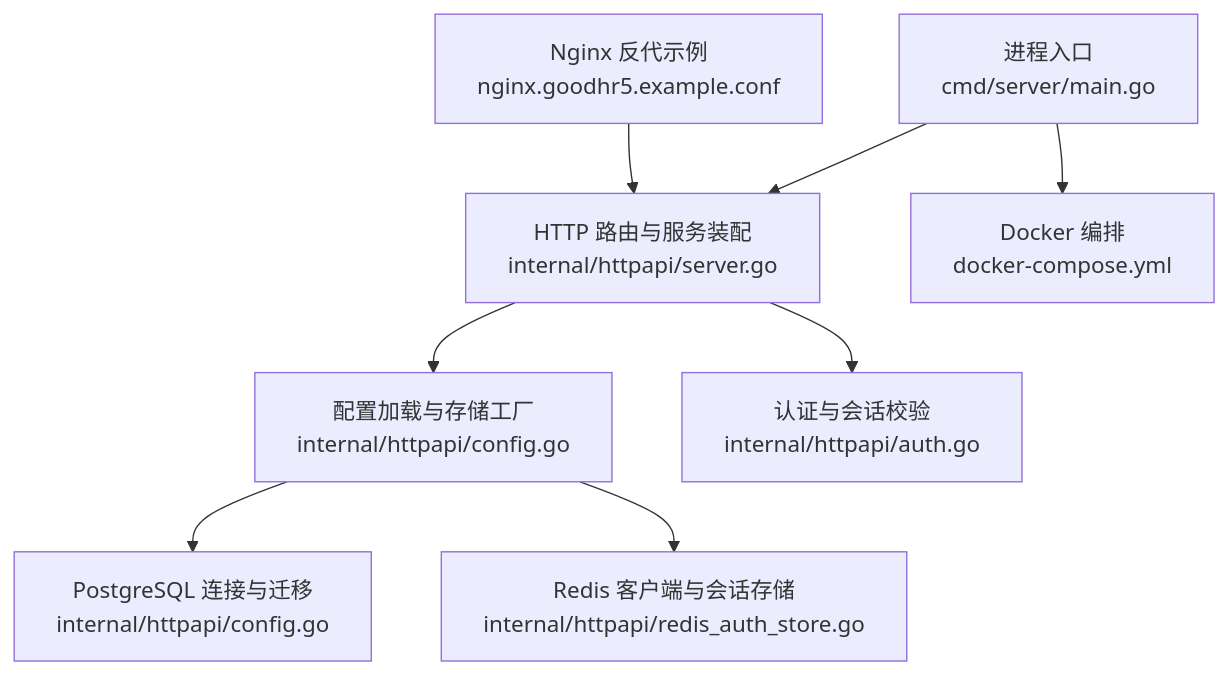
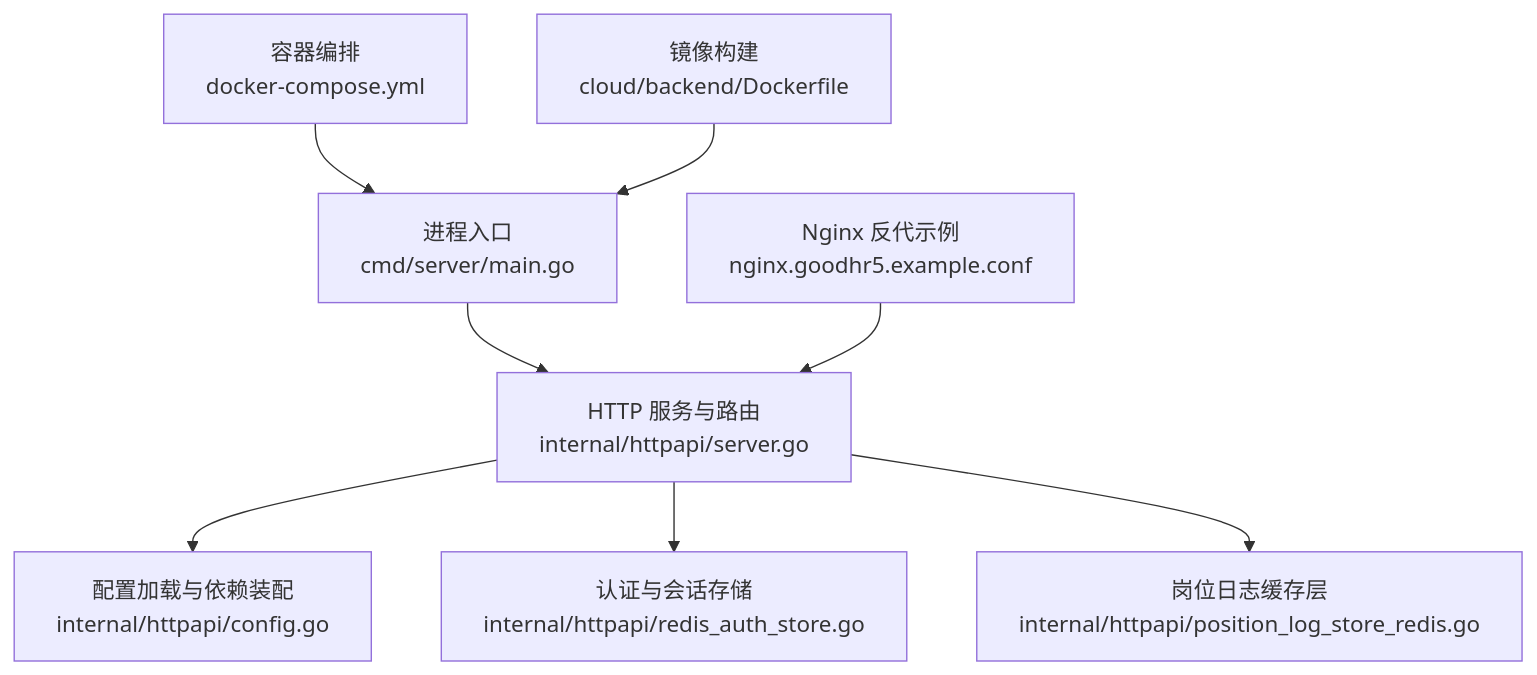
One commit to alvinwangzi/goodhr changed the first of 6 diagrams in .qoder/repowiki/zh/content/部署指南/生产环境部署/性能调优与安全加固.md. Above: the diagram before and after it, drawn with Mermaid. The commit also changed other lines of this file and 149 other files, not shown here.

````diff
--- a/.qoder/repowiki/zh/content/部署指南/生产环境部署/性能调优与安全加固.md
+++ b/.qoder/repowiki/zh/content/部署指南/生产环境部署/性能调优与安全加固.md
@@ -34,10 +35,10 @@
 ```mermaid
 graph TB
-A["进程入口<br/>cmd/server/main.go"] --> B["HTTP 路由与服务装配<br/>internal/httpapi/server.go"]
-B --> C["配置加载与存储工厂<br/>internal/httpapi/config.go"]
-C --> D["PostgreSQL 连接与迁移<br/>internal/httpapi/config.go"]
-C --> E["Redis 客户端与会话存储<br/>internal/httpapi/redis_auth_store.go"]
-B --> F["认证与会话校验<br/>internal/httpapi/auth.go"]
-A --> G["Docker 编排<br/>docker-compose.yml"]
+A["进程入口<br/>cmd/server/main.go"] --> B["HTTP 服务与路由<br/>internal/httpapi/server.go"]
+B --> C["配置加载与依赖装配<br/>internal/httpapi/config.go"]
+B --> D["认证与会话存储<br/>internal/httpapi/redis_auth_store.go"]
+B --> E["岗位日志缓存层<br/>internal/httpapi/position_log_store_redis.go"]
+F["容器编排<br/>docker-compose.yml"] --> A
+G["镜像构建<br/>cloud/backend/Dockerfile"] --> A
 H["Nginx 反代示例<br/>nginx.goodhr5.example.conf"] --> B
 ```
````
